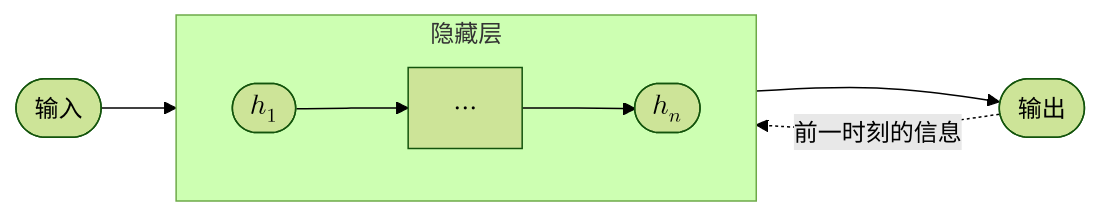
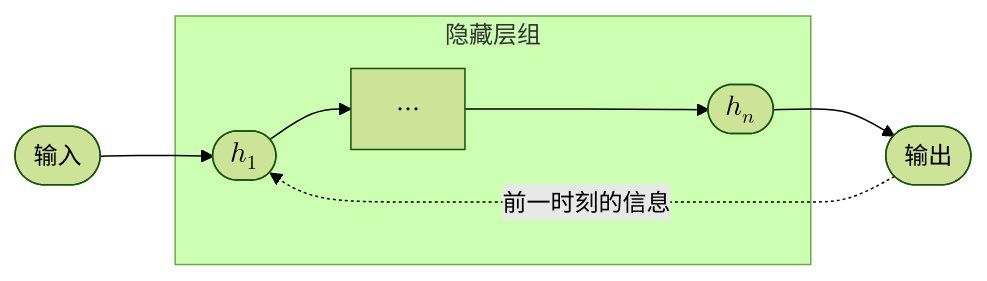
One commit to yangzhenzhuozz/ML changed the first of 6 diagrams in docs/02-MachineLearning/09-RNN.md. Above: the diagram before and after it, drawn with Mermaid (forest theme). The commit also changed other lines of this file and 5 other files, not shown here.

````diff
--- a/docs/02-MachineLearning/09-RNN.md
+++ b/docs/02-MachineLearning/09-RNN.md
@@ -38,15 +26,12 @@
 ```mermaid
 flowchart LR
-    input(["输入"]) --> h1(["$$h_1$$"])
-
-    subgraph hidden["隐藏层"]
-        direction LR
-        h1
+    input(["输入"]) --> h1
+    hn --> output(["输出"])
+    subgraph hidden["隐藏层组"]
+        h1(["$$h_1$$"])
         dots["⋯"]
         hn(["$$h_n$$"])
         h1 --> dots --> hn
     end
-
-    hn --> output(["输出"])
     output -. "前一时刻的信息" .-> h1
 ```
````
